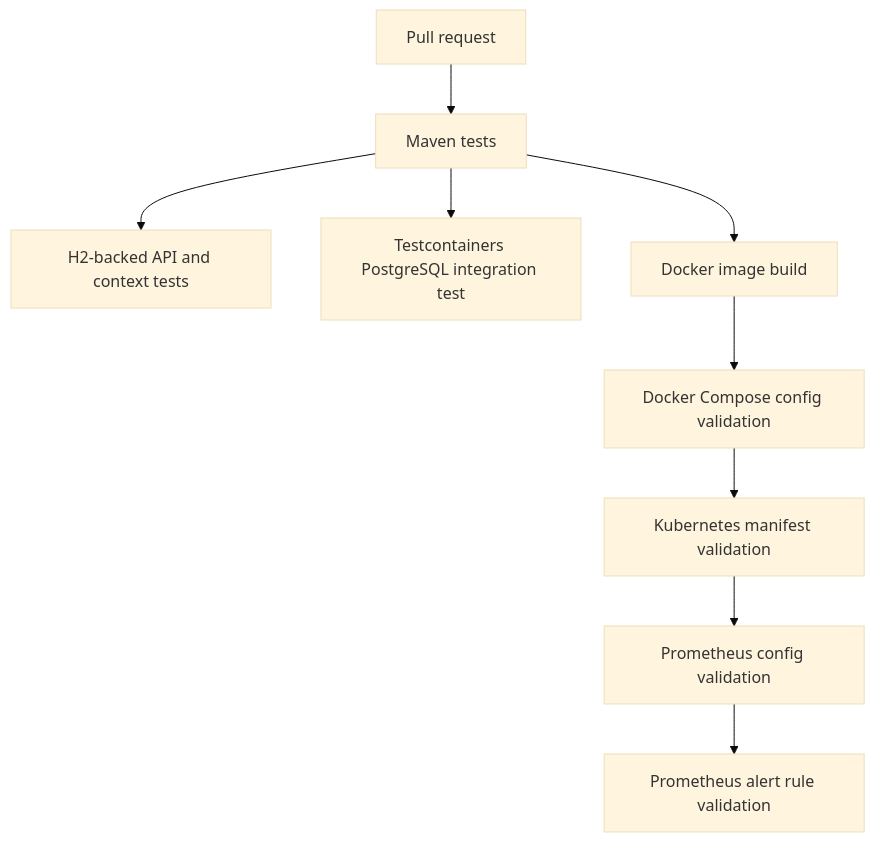
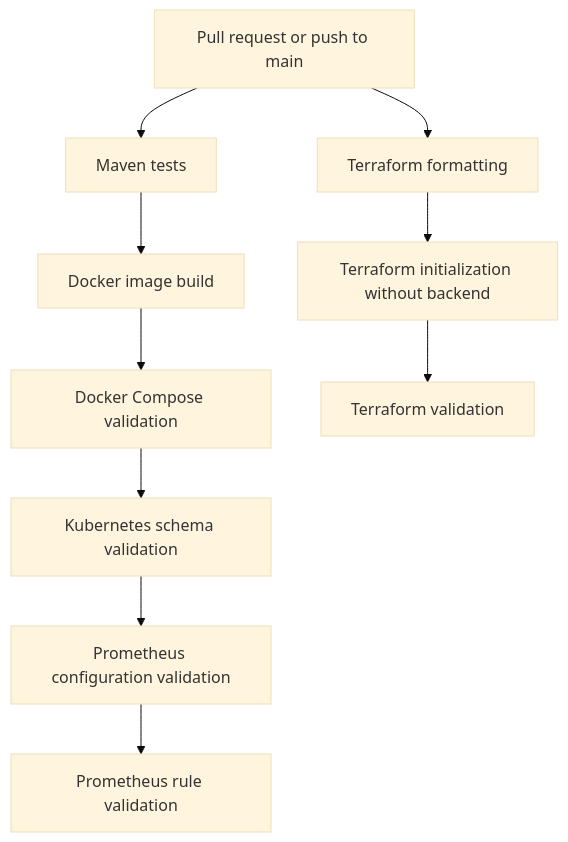
Before and after one commit to istvandezsi/java-cloud-platform-lab: the ninth of 9 diagrams in docs/architecture.md, drawn with Mermaid (base theme). The commit also changed other lines of this file and 2 other files, not shown here.

Commit message:
Add final architecture and operations documentation

````diff
--- a/docs/architecture.md
+++ b/docs/architecture.md
@@ -131,11 +379,15 @@
 ```mermaid
 flowchart TD
-    PR[Pull request] --> Tests[Maven tests]
-    Tests --> H2Tests[H2-backed API and context tests]
-    Tests --> PostgreSqlTest[Testcontainers PostgreSQL integration test]
-    Tests --> Docker[Docker image build]
-    Docker --> Compose[Docker Compose config validation]
-    Compose --> Kubernetes[Kubernetes manifest validation]
-    Kubernetes --> PrometheusConfig[Prometheus config validation]
-    PrometheusConfig --> PrometheusRules[Prometheus alert rule validation]
+    Change[Pull request or push to main]
+
+    Change --> Maven[Maven tests]
+    Maven --> Docker[Docker image build]
+    Docker --> Compose[Docker Compose validation]
+    Compose --> Kubernetes[Kubernetes schema validation]
+    Kubernetes --> Prometheus[Prometheus configuration validation]
+    Prometheus --> Rules[Prometheus rule validation]
+
+    Change --> TerraformFormat[Terraform formatting]
+    TerraformFormat --> TerraformInit[Terraform initialization without backend]
+    TerraformInit --> TerraformValidate[Terraform validation]
 ```
````
